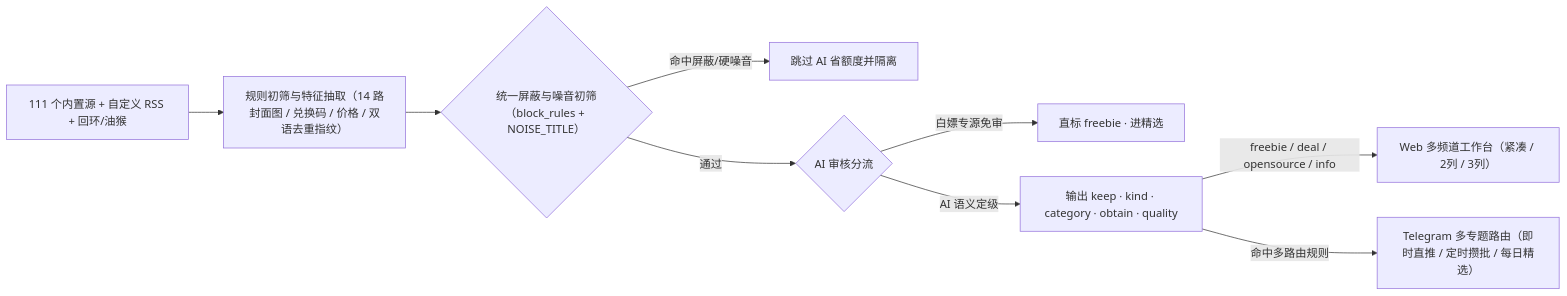
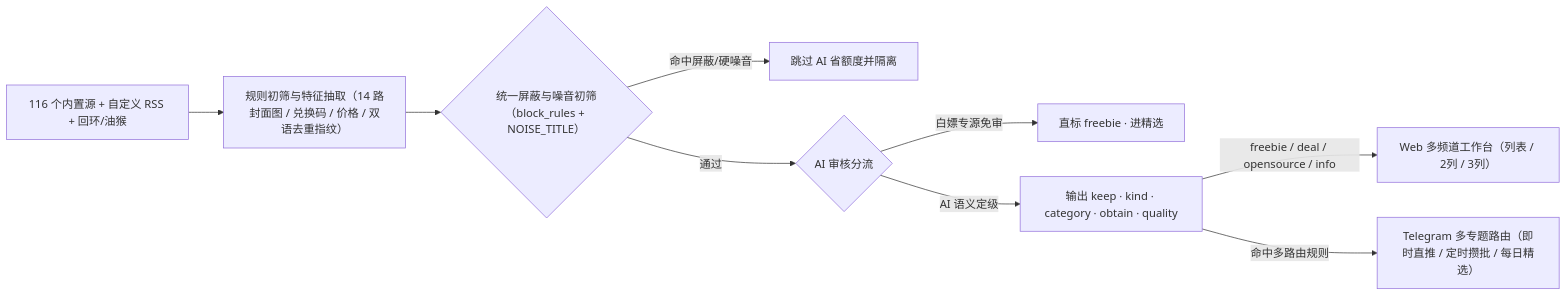
The diagram in README.md (123eyu/freebie-radar), drawn with Mermaid before and after one commit. The commit also changed other lines of this file and 19 other files, not shown here.

First line of the commit message:
docs: 三语 README、VitePress 文档站与界面截图按源码重新校准

````diff
--- a/README.md
+++ b/README.md
@@ -82,11 +89,11 @@
 ```mermaid
 flowchart LR
-  S["111 个内置源 + 自定义 RSS + 回环/油猴"] --> E["规则初筛与特征抽取（14 路封面图 / 兑换码 / 价格 / 双语去重指纹）"]
+  S["116 个内置源 + 自定义 RSS + 回环/油猴"] --> E["规则初筛与特征抽取（14 路封面图 / 兑换码 / 价格 / 双语去重指纹）"]
   E --> F{"统一屏蔽与噪音初筛（block_rules + NOISE_TITLE）"}
   F -->|命中屏蔽/硬噪音| D["跳过 AI 省额度并隔离"]
   F -->|通过| M{"AI 审核分流"}
   M -->|白嫖专源免审| A1["直标 freebie · 进精选"]
   M -->|AI 语义定级| Q["输出 keep · kind · category · obtain · quality"]
-  Q -->|freebie / deal / opensource / info| P["Web 多频道工作台（紧凑 / 2列 / 3列）"]
+  Q -->|freebie / deal / opensource / info| P["Web 多频道工作台（列表 / 2列 / 3列）"]
   Q -->|命中多路由规则| R["Telegram 多专题路由（即时直推 / 定时攒批 / 每日精选）"]
 ```
````
